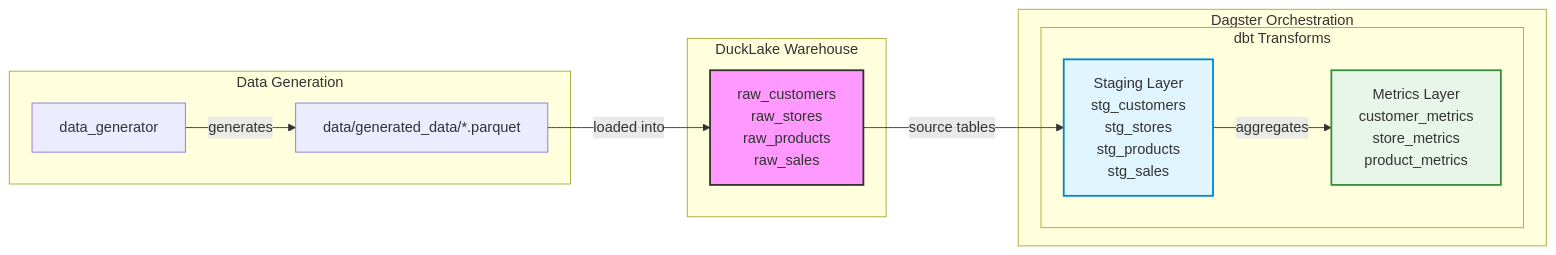
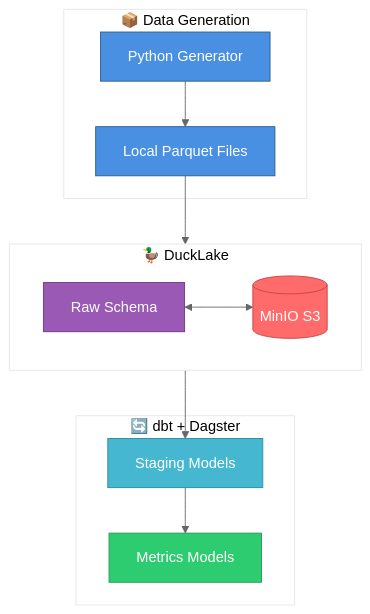
Before and after one commit to adammarples/testbed: the diagram in README.md, drawn with Mermaid. The commit also changed other lines of this file and 4 other files, not shown here.

````diff
--- a/README.md
+++ b/README.md
@@ -39,27 +40,32 @@
 ```mermaid
-graph LR
-    subgraph "Data Generation"
-        A[data_generator]
-        B[data/generated_data/*.parquet]
+%%{init: {'theme':'base', 'themeVariables': {'primaryColor':'#f0f0f0','primaryTextColor':'#333','primaryBorderColor':'#666','lineColor':'#666','secondaryColor':'#fff','tertiaryColor':'#fff'}}}%%
+flowchart TB
+    subgraph gen["📦 Data Generation"]
+        A[Python Generator]
+        B[Local Parquet Files]
     end
 
-    subgraph "DuckLake Warehouse"
-        C[raw_customers<br/>raw_stores<br/>raw_products<br/>raw_sales]
+    subgraph lake["🦆 DuckLake"]
+        direction LR
+        C[Raw Schema]
+        M[(MinIO S3)]
     end
 
-    subgraph "Dagster Orchestration"
-        subgraph "dbt Transforms"
-            D[Staging Layer<br/>stg_customers<br/>stg_stores<br/>stg_products<br/>stg_sales]
-            E[Metrics Layer<br/>customer_metrics<br/>store_metrics<br/>product_metrics]
-        end
+    subgraph dbt["🔄 dbt + Dagster"]
+        D[Staging Models]
+        E[Metrics Models]
     end
 
-    A -->|generates| B
-    B -->|loaded into| C
-    C -->|source tables| D
-    D -->|aggregates| E
+    A --> B
+    B --> C
+    C <--> M
+    C --> D
+    D --> E
 
-    style C fill:#f9f,stroke:#333,stroke-width:2px
-    style D fill:#e1f5ff,stroke:#0288d1,stroke-width:2px
-    style E fill:#e8f5e9,stroke:#388e3c,stroke-width:2px
+    style A fill:#4a90e2,stroke:#2e5c8a,color:#fff
+    style B fill:#4a90e2,stroke:#2e5c8a,color:#fff
+    style C fill:#9b59b6,stroke:#6c3a7c,color:#fff
+    style M fill:#ff6b6b,stroke:#c44545,color:#fff
+    style D fill:#45b7d1,stroke:#2a8ca0,color:#fff
+    style E fill:#2ecc71,stroke:#229954,color:#fff
 ```
````
